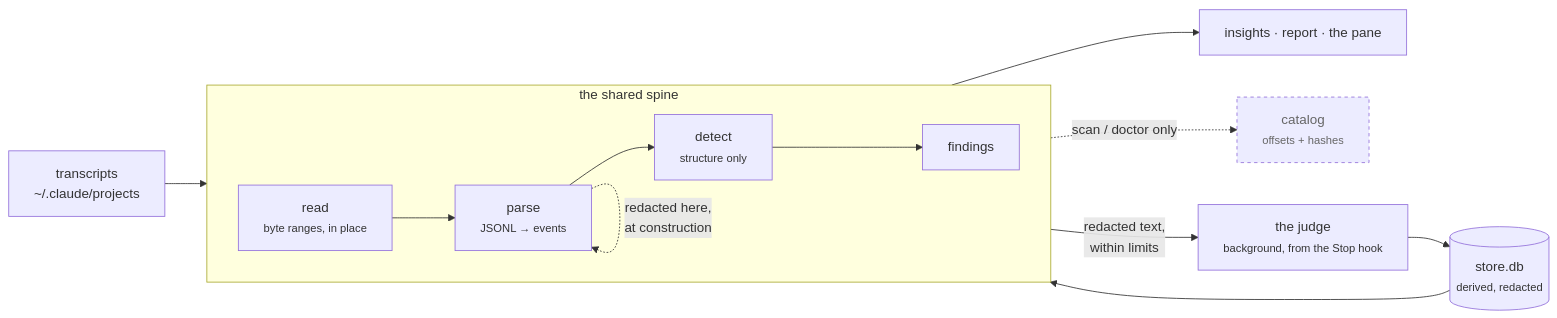
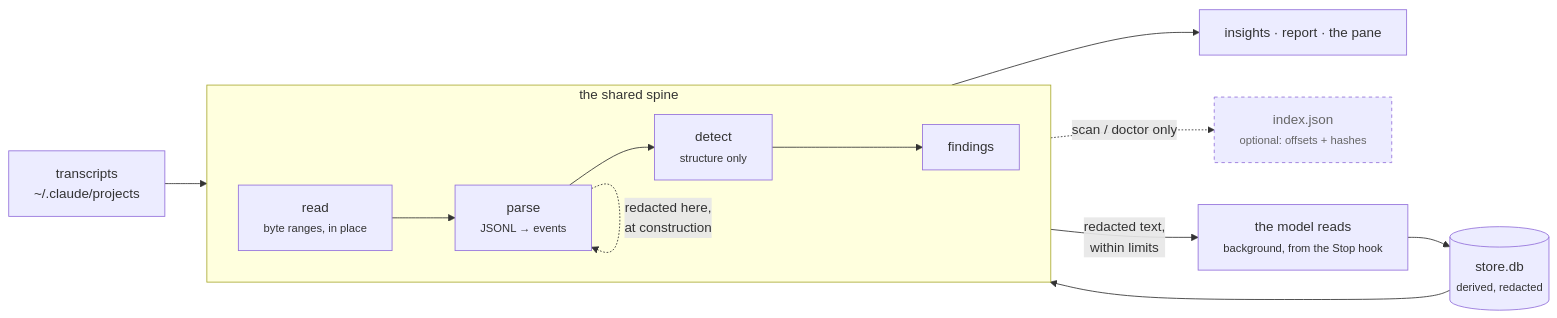
The diagram in site/src/diagrams/pipeline.mmd (vibesenpai/vibesenpai), drawn with Mermaid before and after one commit. The commit also changed 56 other files, not shown here.

```diff
--- a/site/src/diagrams/pipeline.mmd
+++ b/site/src/diagrams/pipeline.mmd
@@ -1,26 +1,26 @@
 flowchart LR
   T["transcripts<br/>~/.claude/projects"]
 
   subgraph spine["the shared spine"]
     direction LR
     R["read<br/><small>byte ranges, in place</small>"]
     P["parse<br/><small>JSONL → events</small>"]
     D["detect<br/><small>structure only</small>"]
     F["findings"]
   end
 
   T --> R --> P --> D --> F
   F --> OUT["insights · report · the pane"]
 
   P -. "redacted here,<br/>at construction" .-> P
 
-  C["catalog<br/><small>offsets + hashes</small>"]
+  C["index.json<br/><small>optional: offsets + hashes</small>"]
   R -. "scan / doctor only" .-> C
 
-  J["the judge<br/><small>background, from the Stop hook</small>"]
+  J["the model reads<br/><small>background, from the Stop hook</small>"]
   P -- "redacted text,<br/>within limits" --> J
   S[("store.db<br/><small>derived, redacted</small>")]
   J --> S --> F
 
   classDef side stroke-dasharray:4 4,color:#666
   class C side
```
